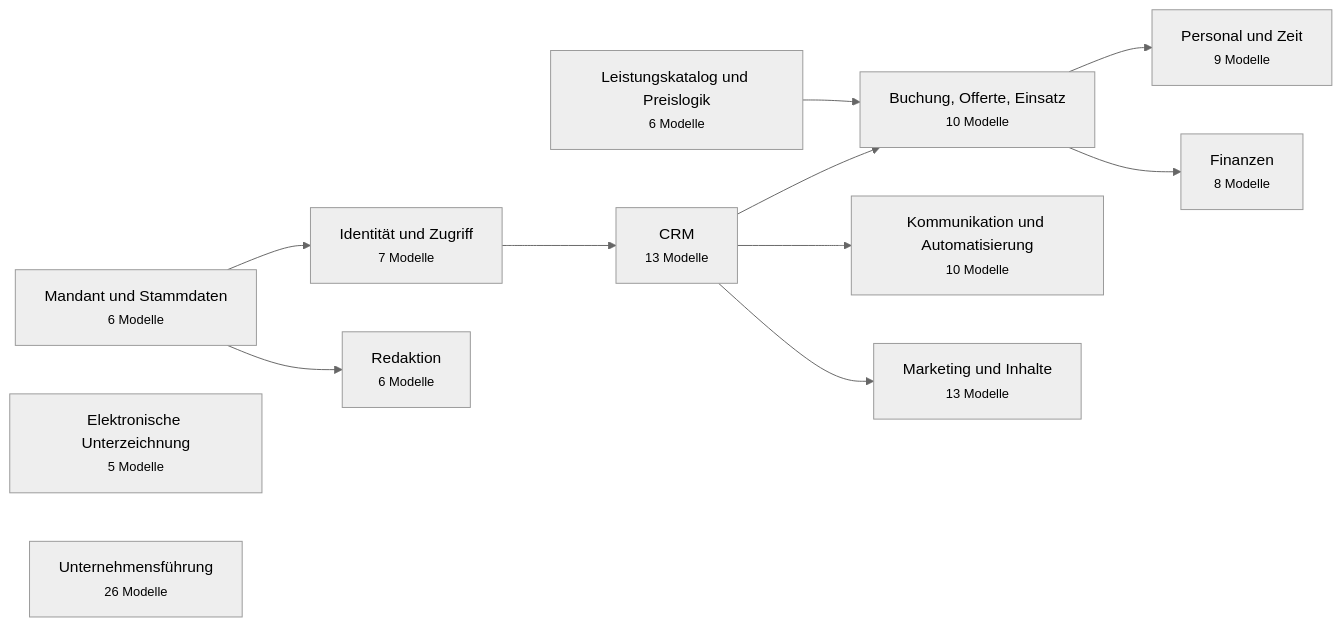
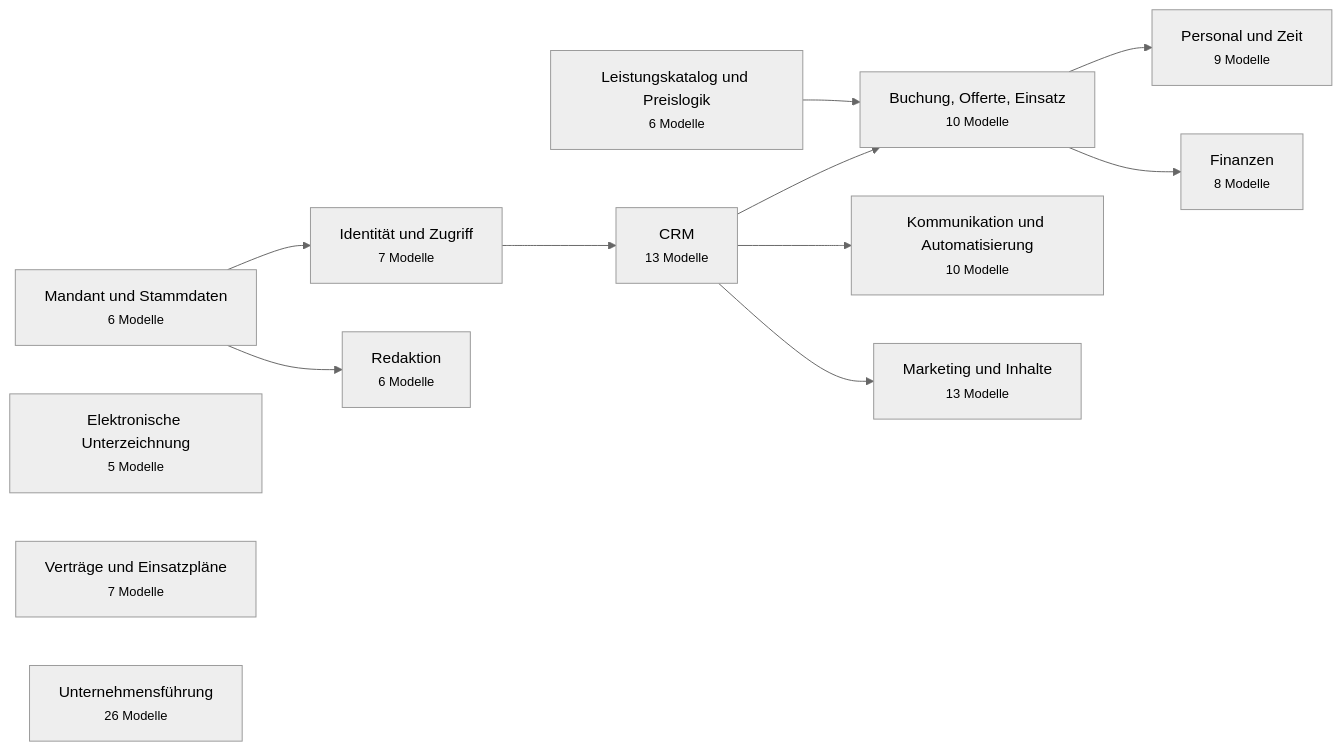
Before and after one commit to javadqasemi/Clenaris: the first of 14 diagrams in docs/DATABASE.md, drawn with Mermaid (neutral theme). The commit also changed other lines of this file and 48 other files, not shown here.

````diff
--- a/docs/DATABASE.md
+++ b/docs/DATABASE.md
@@ -36,24 +36,25 @@
 ```mermaid
 flowchart LR
   stammdaten["Mandant und Stammdaten<br/><small>6 Modelle</small>"]
   identitaet["Identität und Zugriff<br/><small>7 Modelle</small>"]
   signatur["Elektronische Unterzeichnung<br/><small>5 Modelle</small>"]
   crm["CRM<br/><small>13 Modelle</small>"]
   katalog["Leistungskatalog und Preislogik<br/><small>6 Modelle</small>"]
   auftrag["Buchung, Offerte, Einsatz<br/><small>10 Modelle</small>"]
+  vertraege["Verträge und Einsatzpläne<br/><small>7 Modelle</small>"]
   personal["Personal und Zeit<br/><small>9 Modelle</small>"]
   finanzen["Finanzen<br/><small>8 Modelle</small>"]
   kommunikation["Kommunikation und Automatisierung<br/><small>10 Modelle</small>"]
   marketing["Marketing und Inhalte<br/><small>13 Modelle</small>"]
   redaktion["Redaktion<br/><small>6 Modelle</small>"]
   fuehrung["Unternehmensführung<br/><small>26 Modelle</small>"]
   stammdaten --> identitaet
   identitaet --> crm
   crm --> auftrag
   katalog --> auftrag
   auftrag --> personal
   auftrag --> finanzen
   crm --> kommunikation
   crm --> marketing
   stammdaten --> redaktion
 ```
````
